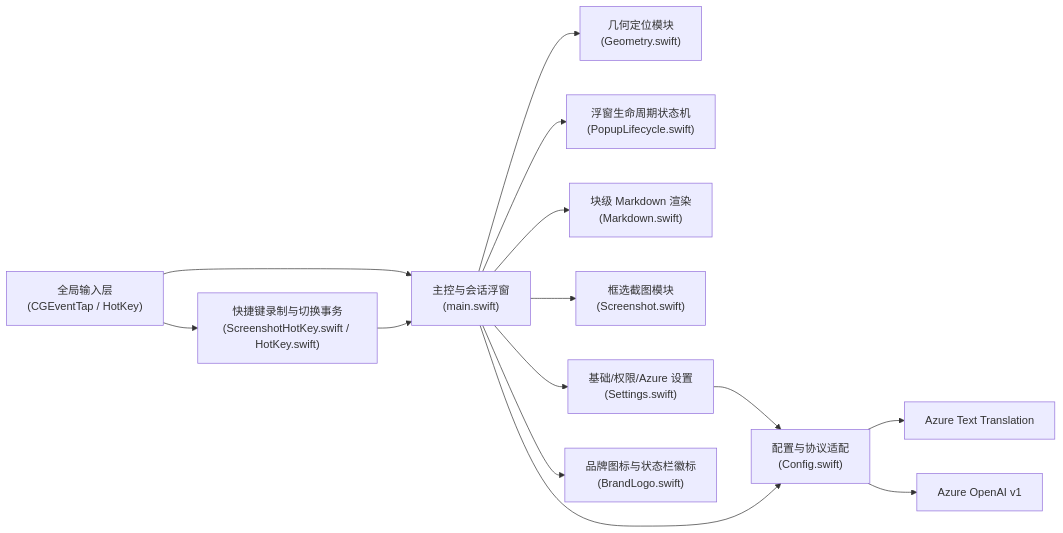
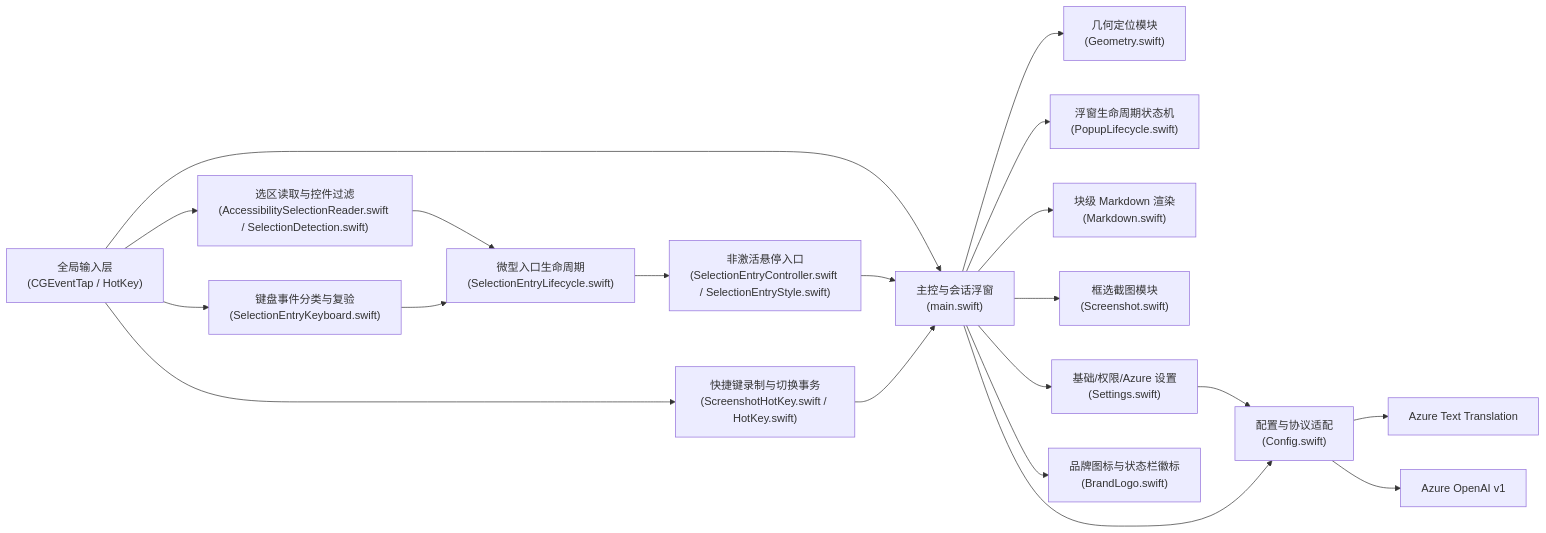
The first of 2 diagrams in docs/architecture/overview.md (Sofiawuh/Glint), drawn with Mermaid before and after one commit. The commit also changed other lines of this file and 18 other files, not shown here.

Commit message:
feat: add selection hover entry

````diff
--- a/docs/architecture/overview.md
+++ b/docs/architecture/overview.md
@@ -7,16 +7,22 @@
 ```mermaid
 flowchart LR
     EventTap["全局输入层\n(CGEventTap / HotKey)"] --> AppCore["主控与会话浮窗\n(main.swift)"]
+    EventTap --> SelectionRead["选区读取与控件过滤\n(AccessibilitySelectionReader.swift / SelectionDetection.swift)"]
+    EventTap --> KeyboardPolicy["键盘事件分类与复验\n(SelectionEntryKeyboard.swift)"]
+    SelectionRead --> EntryState["微型入口生命周期\n(SelectionEntryLifecycle.swift)"]
+    KeyboardPolicy --> EntryState
+    EntryState --> EntryUI["非激活悬停入口\n(SelectionEntryController.swift / SelectionEntryStyle.swift)"]
+    EntryUI --> AppCore
     AppCore --> Geo["几何定位模块\n(Geometry.swift)"]
     AppCore --> PopupState["浮窗生命周期状态机\n(PopupLifecycle.swift)"]
     AppCore --> MD["块级 Markdown 渲染\n(Markdown.swift)"]
     AppCore --> Capture["框选截图模块\n(Screenshot.swift)"]
     AppCore --> SettingsUI["基础/权限/Azure 设置\n(Settings.swift)"]
     EventTap --> HotKeyDomain["快捷键录制与切换事务\n(ScreenshotHotKey.swift / HotKey.swift)"]
     HotKeyDomain --> AppCore
     AppCore --> Brand["品牌图标与状态栏徽标\n(BrandLogo.swift)"]
     SettingsUI --> Config["配置与协议适配\n(Config.swift)"]
     AppCore --> Config
     Config --> Translator["Azure Text Translation"]
     Config --> GPT["Azure OpenAI v1"]
 ```
````
